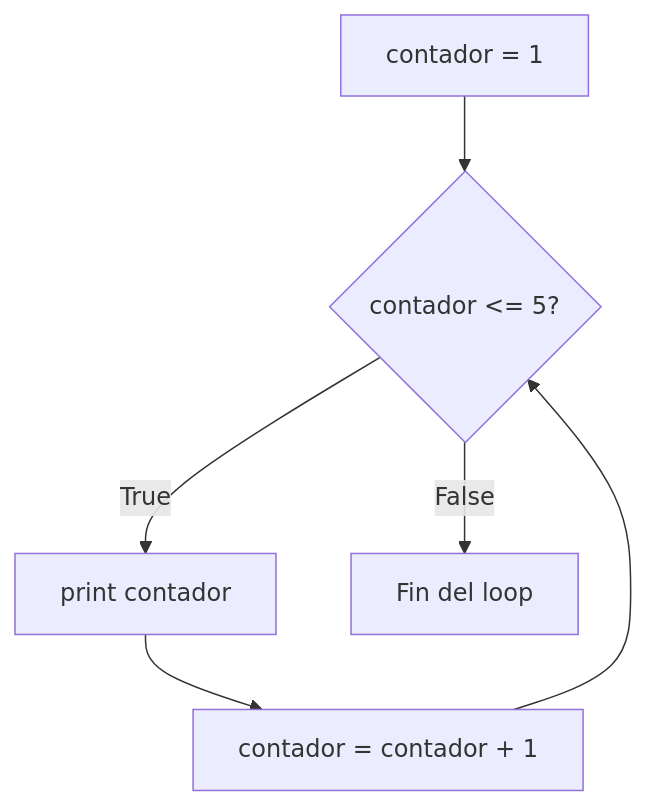
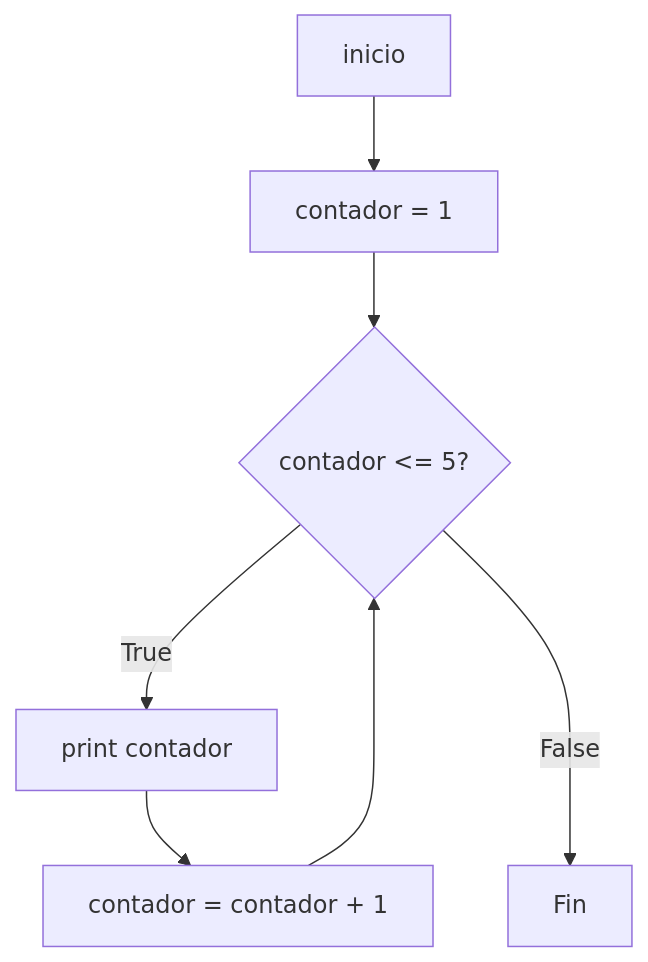
Before and after one commit to INGCOM-UNRN/apunte-ingreso: the seventh of 10 diagrams in 2_control_flujo.md, drawn with Mermaid. The commit also changed other lines of this file, not shown here.

Commit message:
WIP Mejoras del apunte

````diff
--- a/2_control_flujo.md
+++ b/2_control_flujo.md
@@ -854,8 +918,9 @@
 ```{mermaid}
 flowchart TD
+    inicio --> A
     A[contador = 1] --> B{contador <= 5?}
     B -->|True| C[print contador]
     C --> D[contador = contador + 1]
     D --> B
-    B -->|False| E[Fin del loop]
+    B --->|False| E[Fin]
 ```
````
